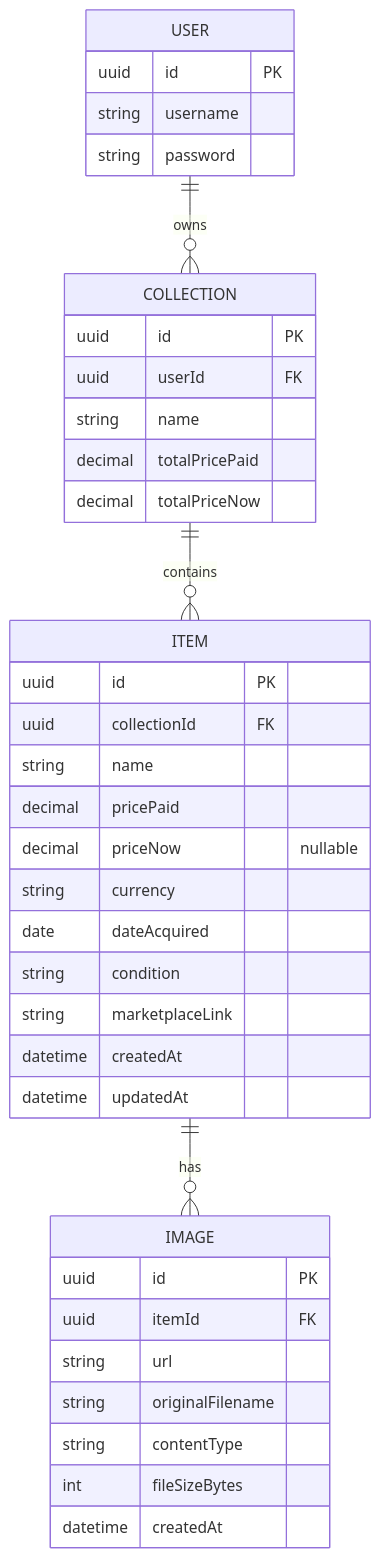
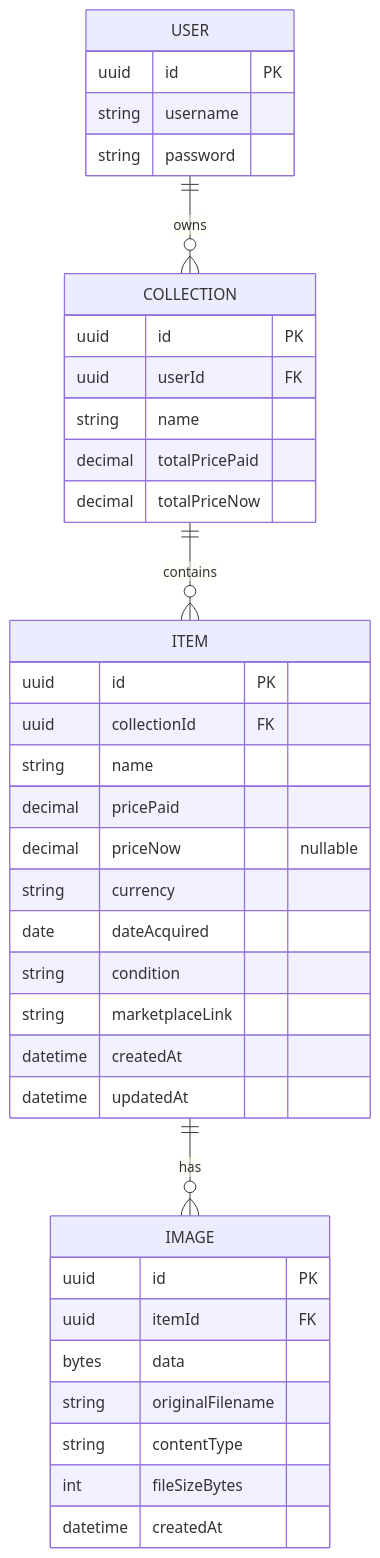
The diagram in database/data-model-mvp.md (MarcoSchoch1/pack-rat-docs), drawn with Mermaid before and after one commit. The commit also changed other lines of this file and 2 other files, not shown here.

````diff
--- a/database/data-model-mvp.md
+++ b/database/data-model-mvp.md
@@ -5,40 +5,40 @@
 ```mermaid
 erDiagram
   USER ||--o{ COLLECTION : owns
   COLLECTION ||--o{ ITEM : contains
   ITEM ||--o{ IMAGE : has
   USER {
     uuid id PK
     string username
     string password
   }
   COLLECTION {
     uuid id PK
     uuid userId FK
     string name
     decimal totalPricePaid
     decimal totalPriceNow
   }
   ITEM {
     uuid id PK
     uuid collectionId FK
     string name
     decimal pricePaid
     decimal priceNow "nullable"
     string currency
     date dateAcquired
     string condition
     string marketplaceLink
     datetime createdAt
     datetime updatedAt
   }
   IMAGE {
     uuid id PK
     uuid itemId FK
-    string url
+    bytes data
     string originalFilename
     string contentType
     int fileSizeBytes
     datetime createdAt
   }
 ```
````
